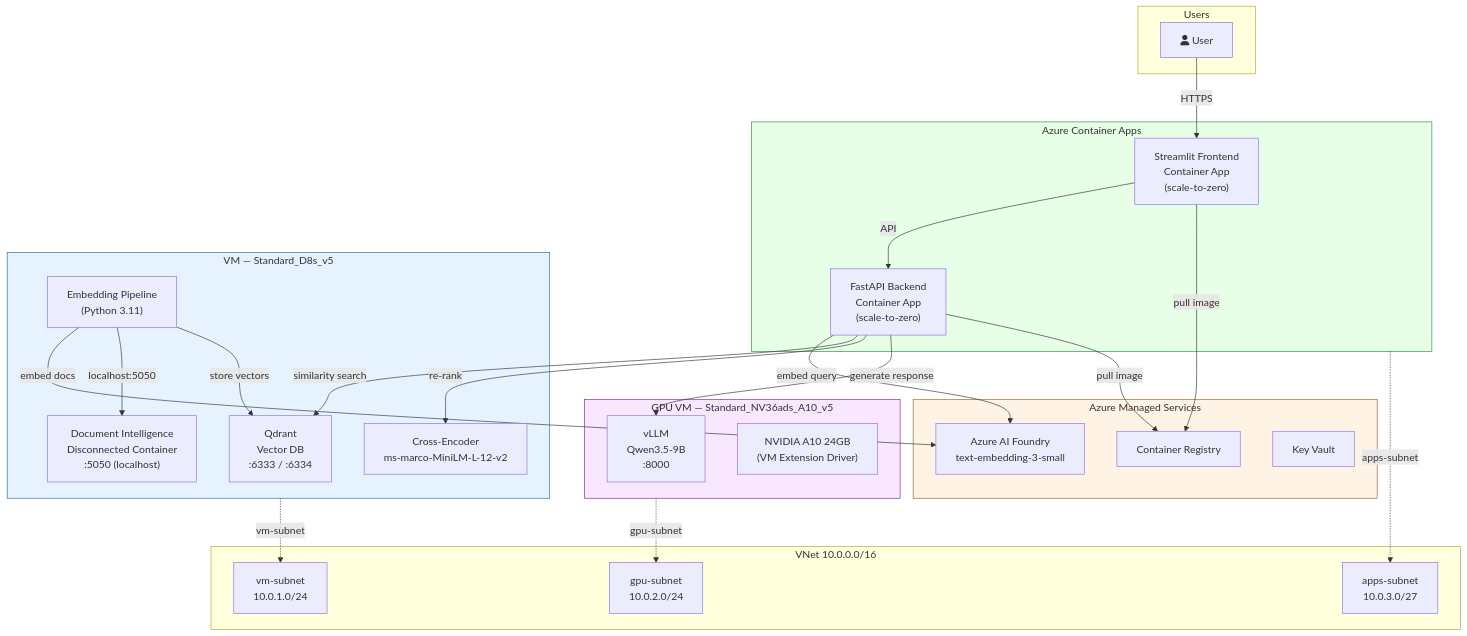
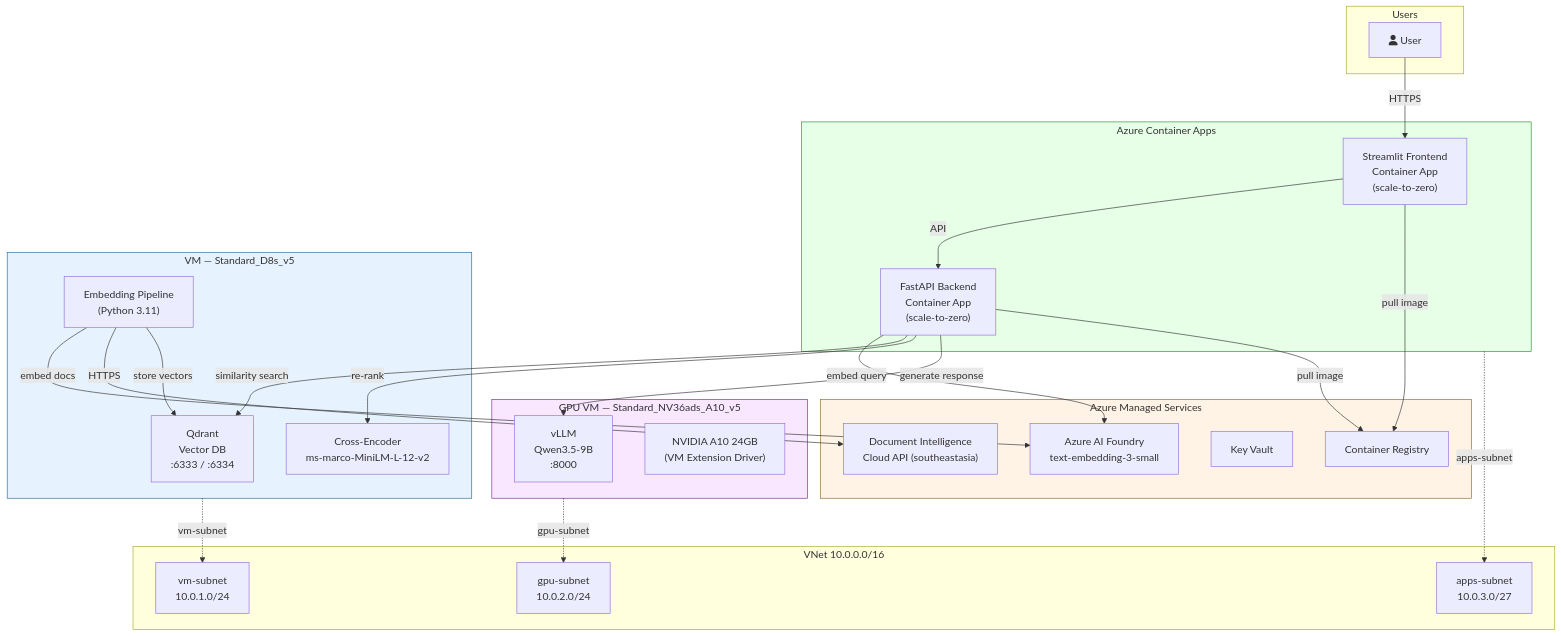
One commit to ibranibeny/Chatbot-AzureInfra changed the first of 3 diagrams in docs/architecture.md. Above: the diagram before and after it, drawn with Mermaid. The commit also changed other lines of this file and 6 other files, not shown here.

Commit message:
docs: update remaining disconnected container refs to cloud Doc Intelligence

````diff
--- a/docs/architecture.md
+++ b/docs/architecture.md
@@ -11,58 +11,58 @@
 ```mermaid
 flowchart TB
     subgraph Users
         U[fa:fa-user User]
     end
 
     subgraph ACA["Azure Container Apps"]
         FE["Streamlit Frontend<br/>Container App<br/>(scale-to-zero)"]
         BE["FastAPI Backend<br/>Container App<br/>(scale-to-zero)"]
     end
 
     subgraph GPU_VM["GPU VM — Standard_NV36ads_A10_v5"]
         VLLM["vLLM<br/>Qwen3.5-9B<br/>:8000"]
         NVIDIA["NVIDIA A10 24GB<br/>(VM Extension Driver)"]
     end
 
     subgraph QD_VM["VM — Standard_D8s_v5"]
         QD["Qdrant<br/>Vector DB<br/>:6333 / :6334"]
-        DI["Document Intelligence<br/>Disconnected Container<br/>:5050 (localhost)"]
         RERANK["Cross-Encoder<br/>ms-marco-MiniLM-L-12-v2"]
         EMB_PIPE["Embedding Pipeline<br/>(Python 3.11)"]
     end
 
     subgraph Azure_Services["Azure Managed Services"]
         AI["Azure AI Foundry<br/>text-embedding-3-small"]
         ACR["Container Registry"]
         KV["Key Vault"]
+        DI["Document Intelligence<br/>Cloud API (southeastasia)"]
     end
 
     subgraph Network["VNet 10.0.0.0/16"]
         S1["vm-subnet<br/>10.0.1.0/24"]
         S2["gpu-subnet<br/>10.0.2.0/24"]
         S3["apps-subnet<br/>10.0.3.0/27"]
     end
 
     U -->|HTTPS| FE
     FE -->|API| BE
     BE -->|embed query| AI
     BE -->|similarity search| QD
     BE -->|re-rank| RERANK
     BE -->|generate response| VLLM
 
     EMB_PIPE -->|embed docs| AI
-    EMB_PIPE -->|localhost:5050| DI
+    EMB_PIPE -->|HTTPS| DI
     EMB_PIPE -->|store vectors| QD
 
     QD_VM -.->|vm-subnet| S1
     GPU_VM -.->|gpu-subnet| S2
     ACA -.->|apps-subnet| S3
 
     BE -->|pull image| ACR
     FE -->|pull image| ACR
 
     style GPU_VM fill:#f9e6ff,stroke:#7b2d8e
     style QD_VM fill:#e6f3ff,stroke:#2d6b8e
     style ACA fill:#e6ffe6,stroke:#2d8e3b
     style Azure_Services fill:#fff3e6,stroke:#8e6b2d
 ```
````
